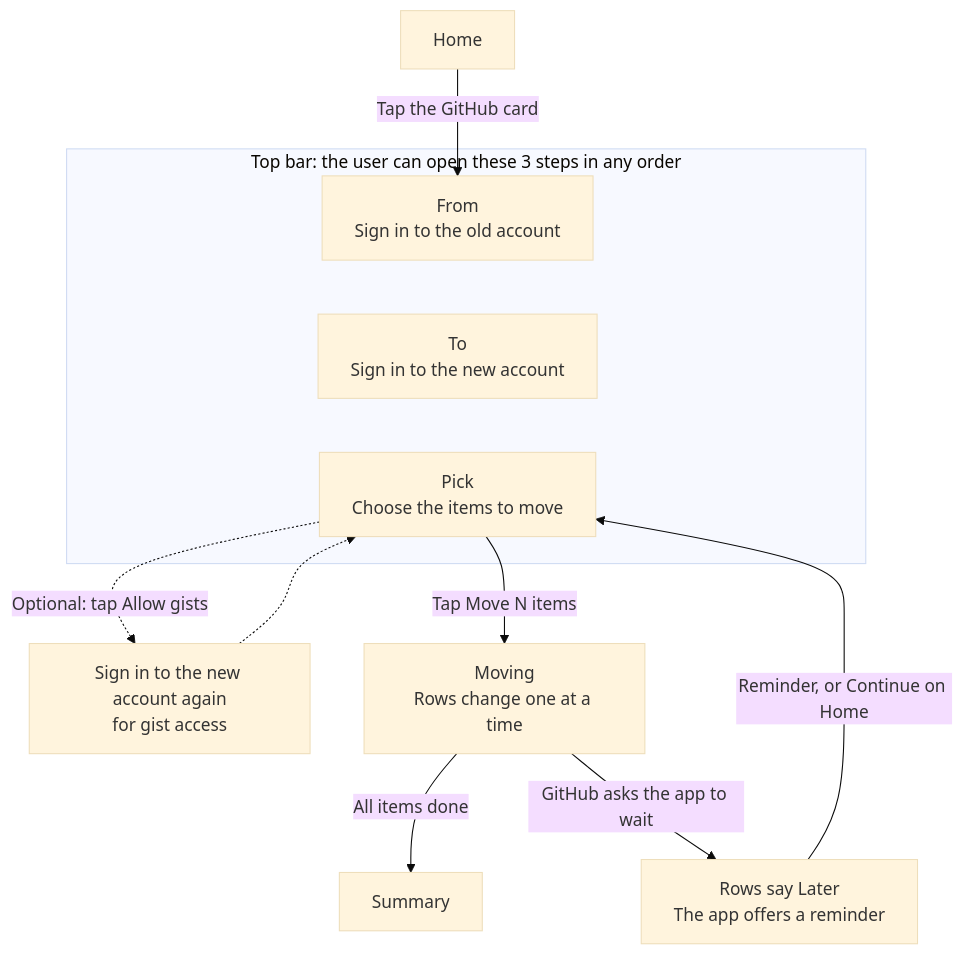
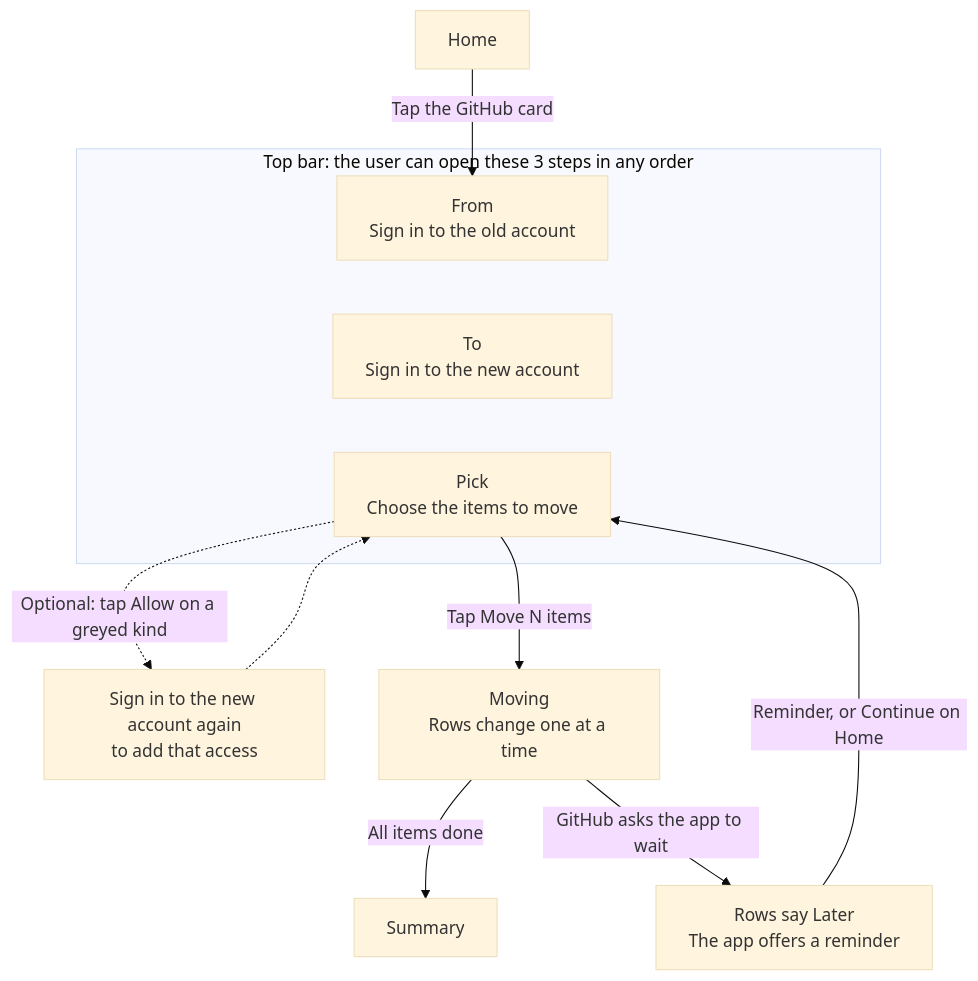
One commit to Dodo-Tech-Hub/magpie changed the first of 4 diagrams in specs/008-github-platform/spec.md. Above: the diagram before and after it, drawn with Mermaid (base theme). The commit also changed other lines of this file and 8 other files, not shown here.

````diff
--- a/specs/008-github-platform/spec.md
+++ b/specs/008-github-platform/spec.md
@@ -53,18 +53,18 @@
 ```mermaid
 flowchart TD
     Home["Home"] -->|Tap the GitHub card| From
 
     subgraph Steps["Top bar: the user can open these 3 steps in any order"]
         From["From<br/>Sign in to the old account"]
         To["To<br/>Sign in to the new account"]
         Pick["Pick<br/>Choose the items to move"]
         From ~~~ To ~~~ Pick
     end
 
-    Pick -.->|Optional: tap Allow gists| Gists["Sign in to the new account again<br/>for gist access"]
+    Pick -.->|Optional: tap Allow on a greyed kind| Gists["Sign in to the new account again<br/>to add that access"]
     Gists -.-> Pick
     Pick -->|Tap Move N items| Moving["Moving<br/>Rows change one at a time"]
     Moving -->|All items done| Summary["Summary"]
     Moving -->|GitHub asks the app to wait| Later["Rows say Later<br/>The app offers a reminder"]
     Later -->|Reminder, or Continue on Home| Pick
 ```
````
